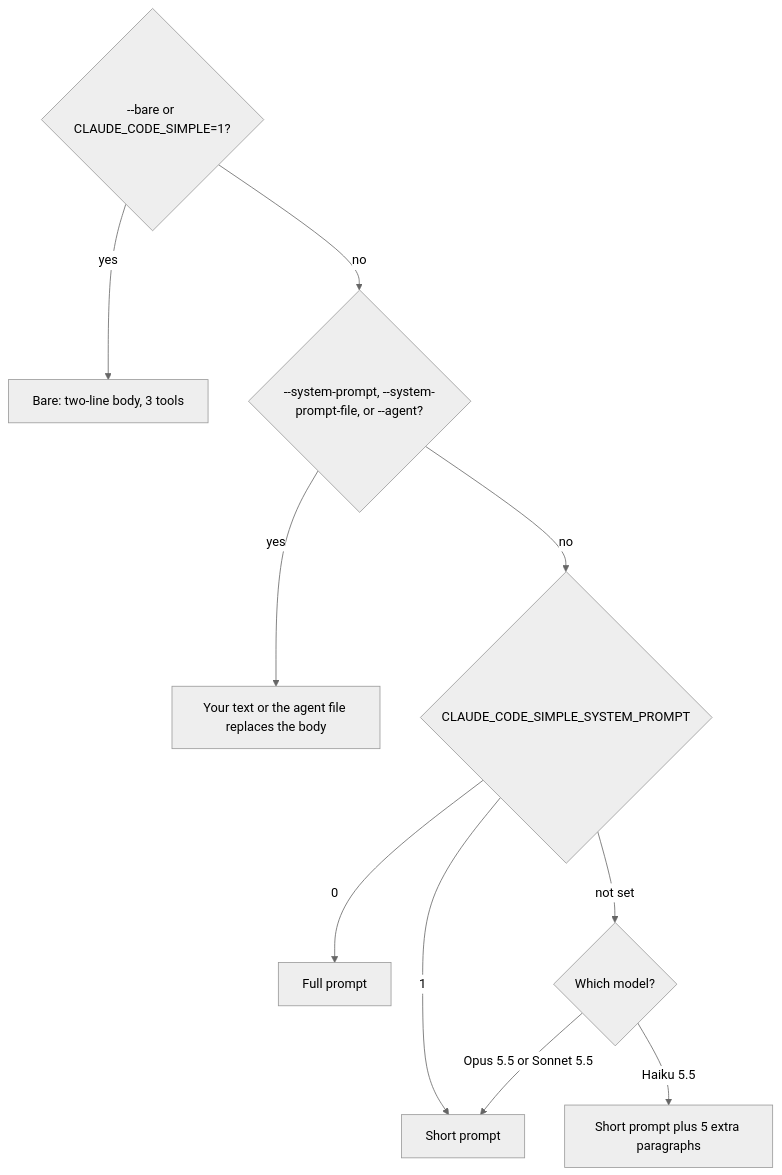
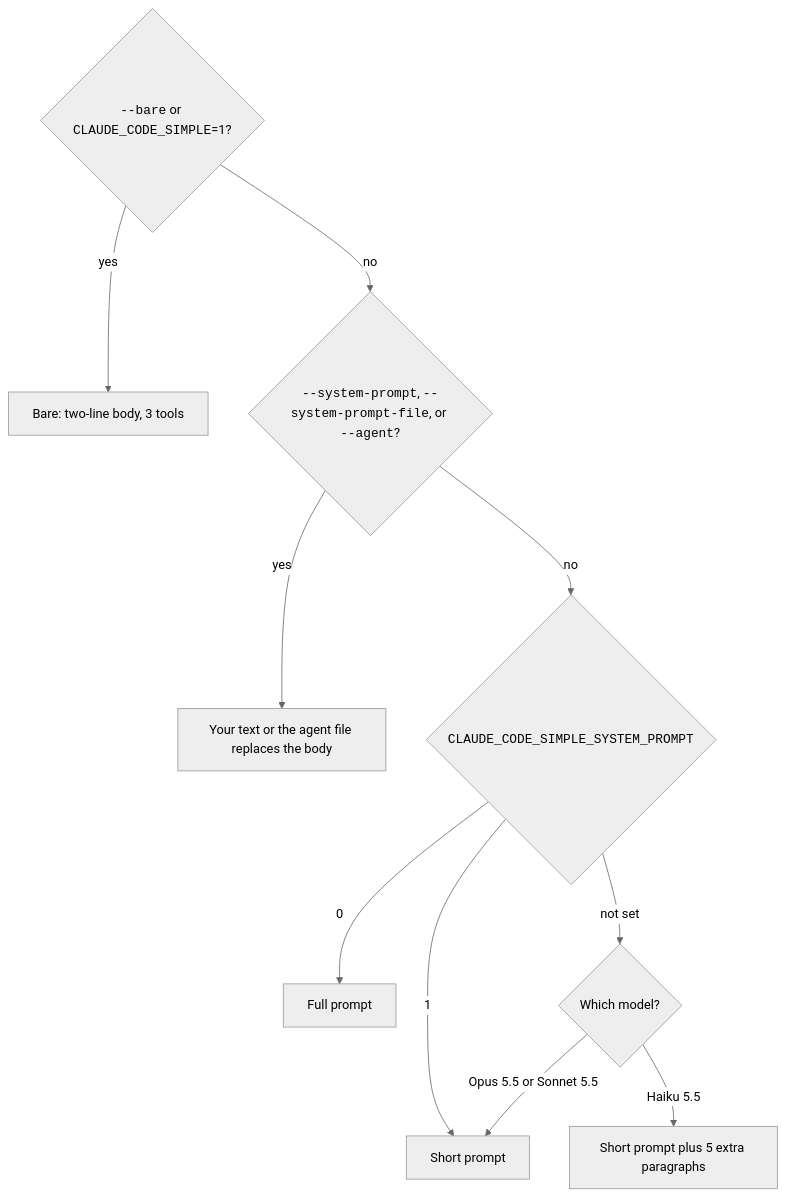
One commit to xsyetopz/claude-code-docs changed the second of 2 diagrams in docs/how-it-works/system-prompt.md. Above: the diagram before and after it, drawn with Mermaid (neutral theme). The commit also changed other lines of this file and 164 other files, not shown here.

First line of the commit message:
docs: linked citations, yes/no markers, file trees, code in diagrams

````diff
--- a/docs/how-it-works/system-prompt.md
+++ b/docs/how-it-works/system-prompt.md
@@ -76,12 +76,12 @@
 ```mermaid
 flowchart TD
-  A{--bare or CLAUDE_CODE_SIMPLE=1?} -->|yes| Bare[Bare: two-line body, 3 tools]
-  A -->|no| B{--system-prompt, --system-prompt-file, or --agent?}
+  A{"<code>--bare</code> or <code>CLAUDE_CODE_SIMPLE</code>=1?"} -->|yes| Bare[Bare: two-line body, 3 tools]
+  A -->|no| B{"<code>--system-prompt</code>, <code>--system-prompt-file</code>, or <code>--agent</code>?"}
   B -->|yes| Rep[Your text or the agent file replaces the body]
-  B -->|no| C{CLAUDE_CODE_SIMPLE_SYSTEM_PROMPT}
+  B -->|no| C{"<code>CLAUDE_CODE_SIMPLE_SYSTEM_PROMPT</code>"}
   C -->|0| FullP[Full prompt]
   C -->|1| Short[Short prompt]
   C -->|not set| D{Which model?}
   D -->|Opus 5.5 or Sonnet 5.5| Short
   D -->|Haiku 5.5| ShortH[Short prompt plus 5 extra paragraphs]
 ```
````
